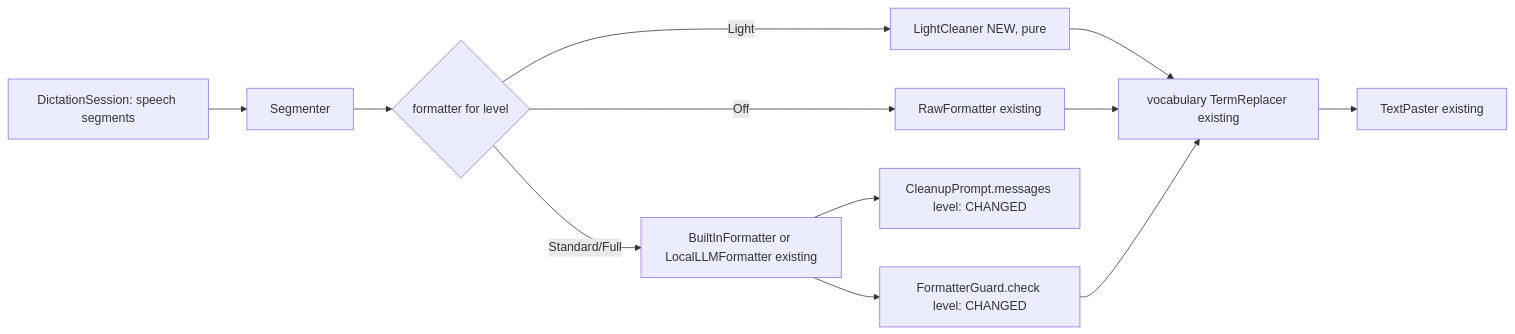
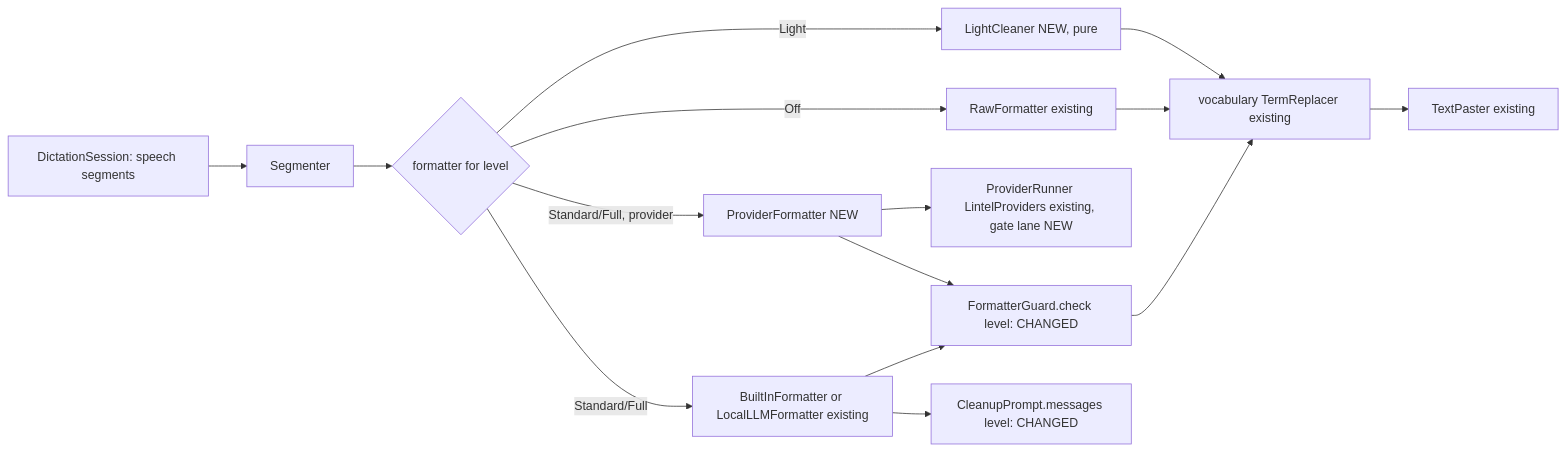
Before and after one commit to mjozefiak/lintel: the diagram in .ai/specs/2026-11-25-dictation-cleanup-levels.md, drawn with Mermaid. The commit also changed other lines of this file, not shown here.

Commit message:
docs(specs): add the external AI provider as the source dimension of dictation cleanup

````diff
--- a/.ai/specs/2026-11-25-dictation-cleanup-levels.md
+++ b/.ai/specs/2026-11-25-dictation-cleanup-levels.md
@@ -52,14 +81,16 @@
 ```mermaid
 flowchart LR
   S[DictationSession: speech segments] --> SG[Segmenter]
   SG --> F{formatter for level}
   F -- Off --> R[RawFormatter existing]
   F -- Light --> L[LightCleaner NEW, pure]
   F -- Standard/Full --> B[BuiltInFormatter or LocalLLMFormatter existing]
+  F -- Standard/Full, provider --> PF[ProviderFormatter NEW] --> PR[ProviderRunner LintelProviders existing, gate lane NEW]
+  PF --> G
   B --> P[CleanupPrompt.messages level: CHANGED]
   B --> G[FormatterGuard.check level: CHANGED]
   L --> V[vocabulary TermReplacer existing]
   R --> V
   G --> V
   V --> T[TextPaster existing]
 ```
````
